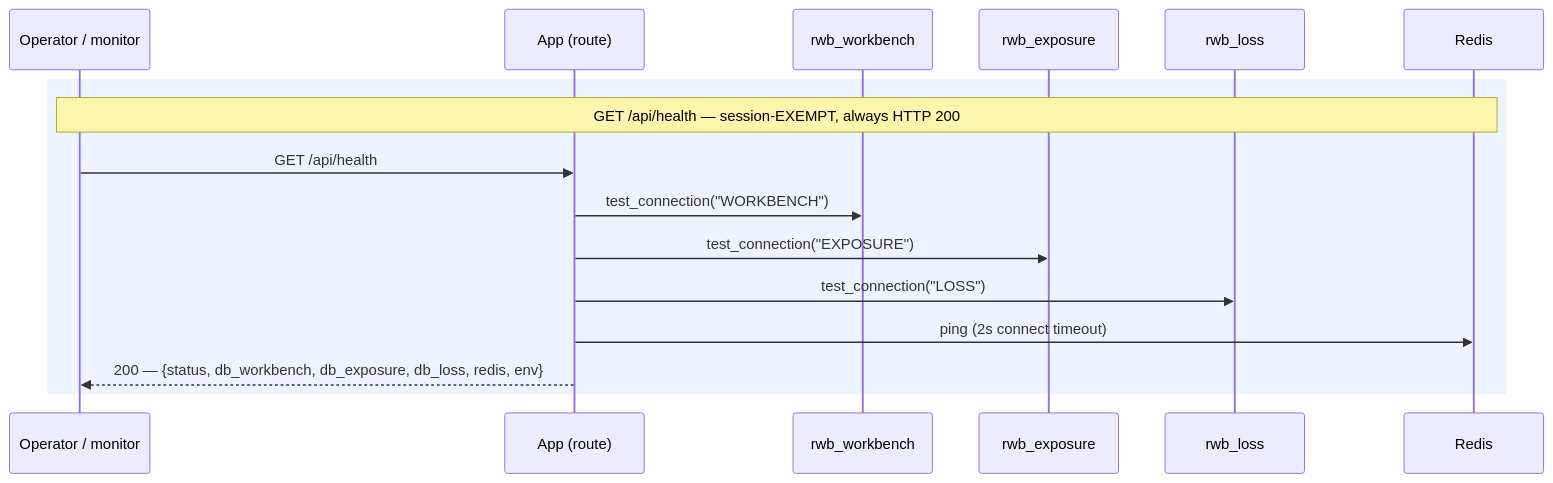
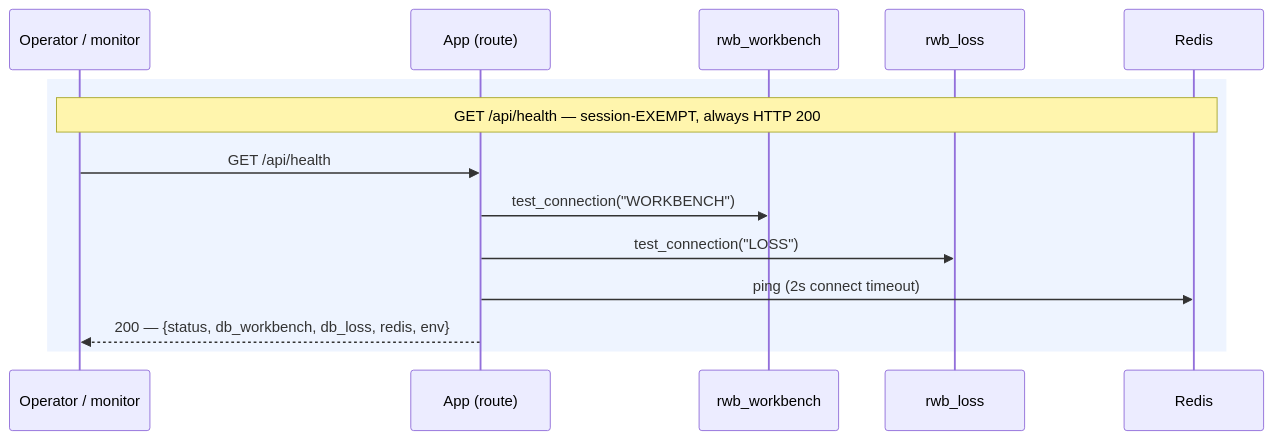
One commit to anilvenugopal/risk-workbench changed the second of 2 diagrams in docs/sequence_diagrams/shell/navigate_and_health.md. Above: the diagram before and after it, drawn with Mermaid. The commit also changed other lines of this file and 10 other files, not shown here.

````diff
--- a/docs/sequence_diagrams/shell/navigate_and_health.md
+++ b/docs/sequence_diagrams/shell/navigate_and_health.md
@@ -51,19 +51,17 @@
 ```mermaid
 sequenceDiagram
     participant Ops as Operator / monitor
     participant App as App (route)
     participant WB as rwb_workbench
-    participant EX as rwb_exposure
     participant LO as rwb_loss
     participant R as Redis
 
     rect rgb(238,244,255)
         Note over Ops,R: GET /api/health — session-EXEMPT, always HTTP 200
         Ops->>App: GET /api/health
         App->>WB: test_connection("WORKBENCH")
-        App->>EX: test_connection("EXPOSURE")
         App->>LO: test_connection("LOSS")
         App->>R: ping (2s connect timeout)
-        App-->>Ops: 200 — {status, db_workbench, db_exposure, db_loss, redis, env}
+        App-->>Ops: 200 — {status, db_workbench, db_loss, redis, env}
     end
 ```
````
